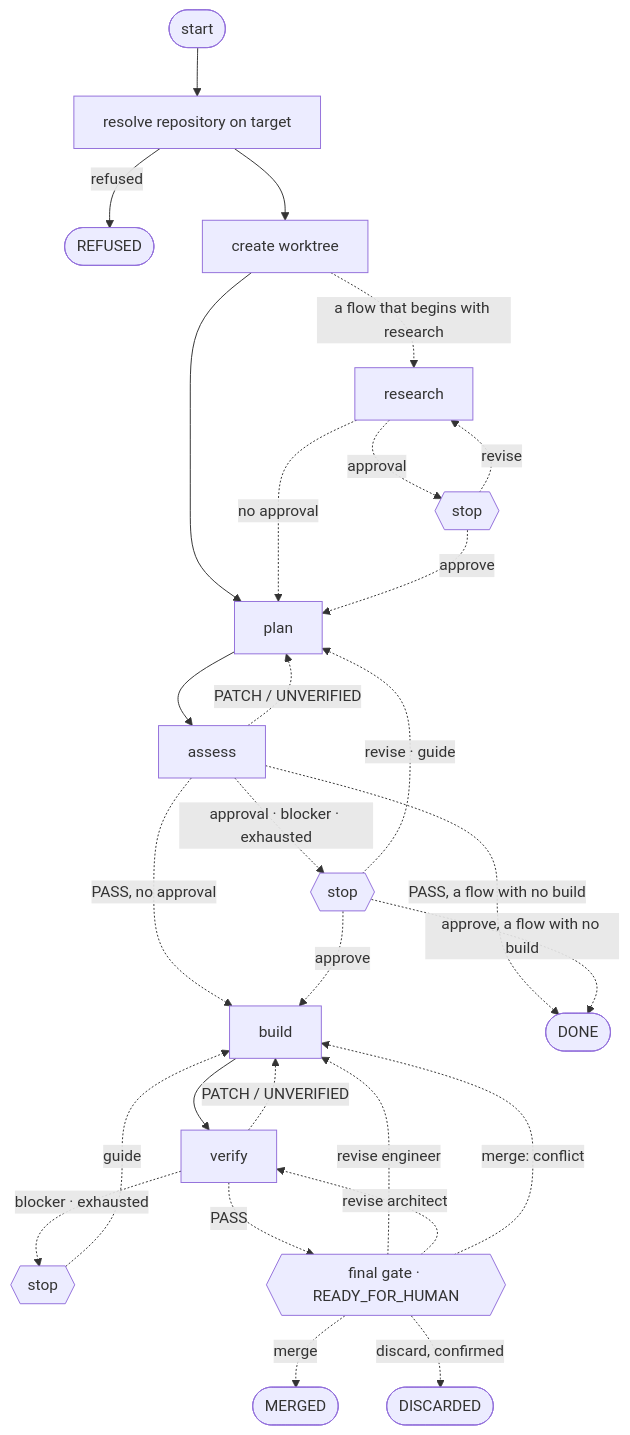
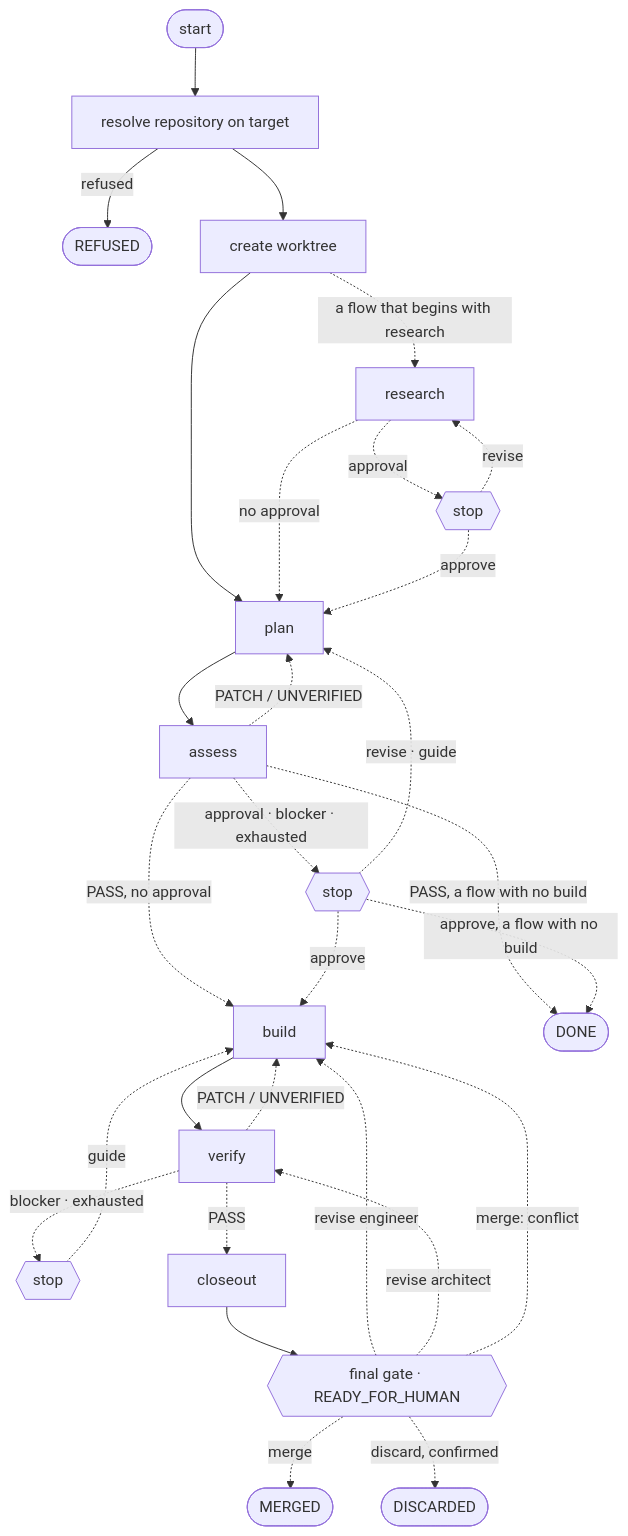
Before and after one commit to 6r0m/orchestra: the diagram in docs/architecture/diagrams/stops.md, drawn with Mermaid. The commit also changed other lines of this file and 41 other files, not shown here.

````diff
--- a/docs/architecture/diagrams/stops.md
+++ b/docs/architecture/diagrams/stops.md
@@ -7,28 +7,29 @@
 ```mermaid
 graph TD
     start([start]) --> prepare[resolve repository on target] -->|refused| refused([REFUSED])
     prepare --> worktree[create worktree] --> plan
     worktree -. "a flow that begins with research" .-> research
     research -. approval .-> stop0{{stop}}
     research -. "no approval" .-> plan
     stop0 -. approve .-> plan
     stop0 -. revise .-> research
     plan --> assess
     assess -. PATCH / UNVERIFIED .-> plan
     assess -. "PASS, no approval" .-> build
     assess -. "approval · blocker · exhausted" .-> stop1{{stop}}
     stop1 -. approve .-> build
     stop1 -. "revise · guide" .-> plan
     assess -. "PASS, a flow with no build" .-> done([DONE])
     stop1 -. "approve, a flow with no build" .-> done
     build --> verify
     verify -. PATCH / UNVERIFIED .-> build
     verify -. "blocker · exhausted" .-> stop2{{stop}}
     stop2 -. guide .-> build
-    verify -. PASS .-> final{{final gate · READY_FOR_HUMAN}}
+    verify -. PASS .-> closeout
+    closeout --> final{{final gate · READY_FOR_HUMAN}}
     final -. "revise engineer" .-> build
     final -. "revise architect" .-> verify
     final -. "merge: conflict" .-> build
     final -. "merge" .-> merged([MERGED])
     final -. "discard, confirmed" .-> discarded([DISCARDED])
 ```
````
